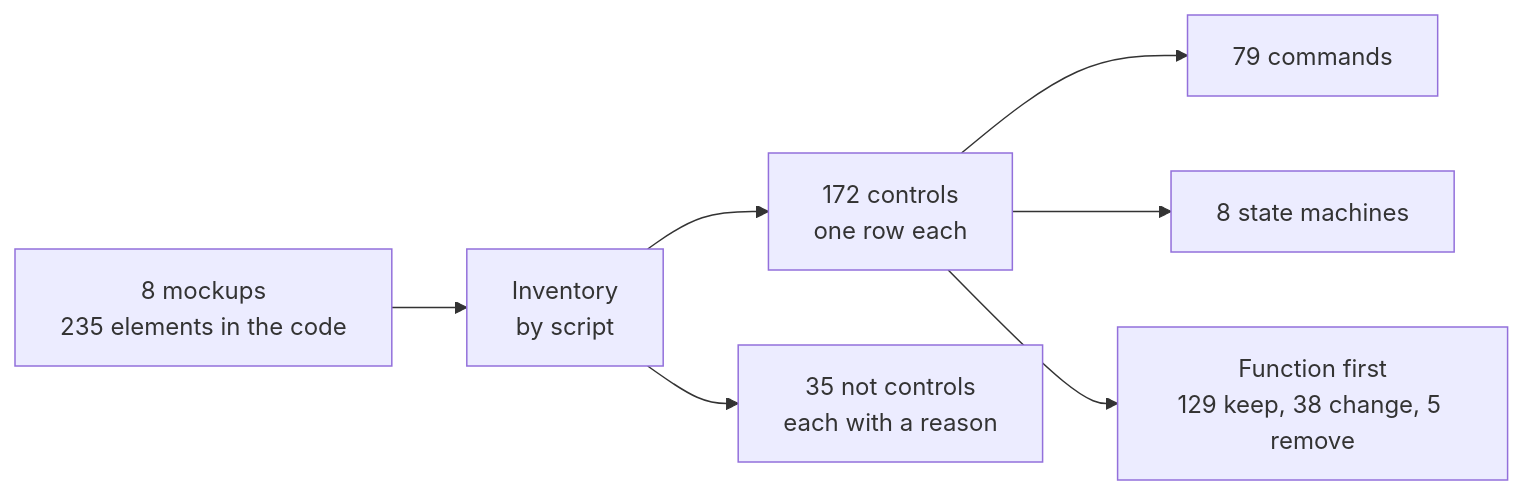
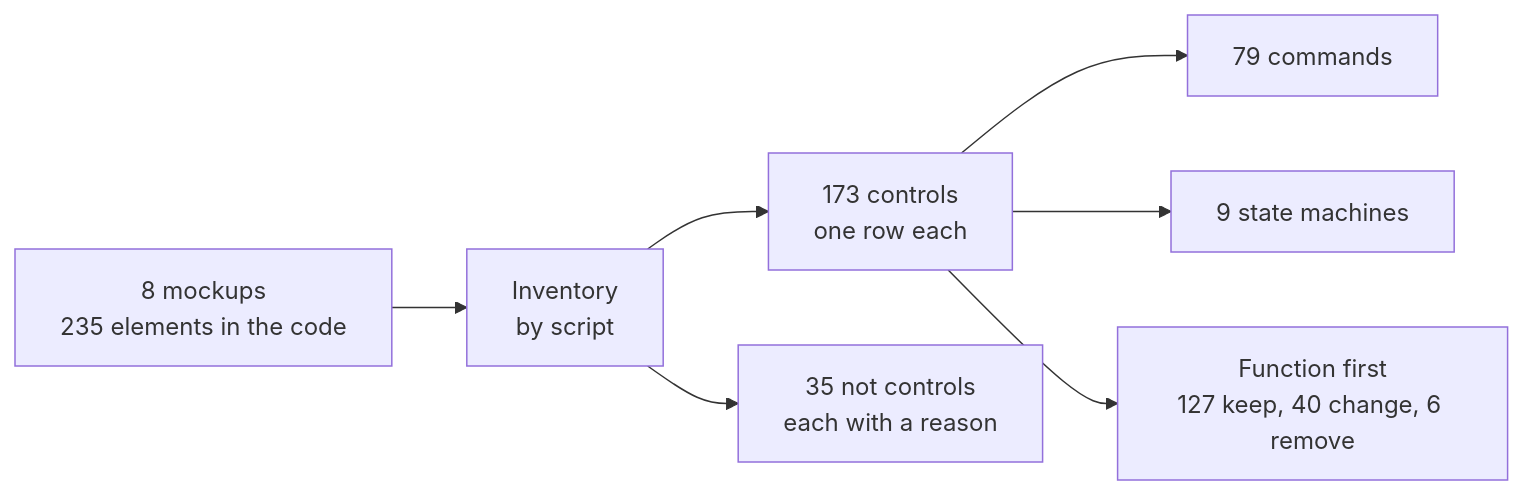
One commit to abossard/bossylights changed the first of 10 diagrams in docs/design/controls.md. Above: the diagram before and after it, drawn with Mermaid. The commit also changed other lines of this file and 41 other files, not shown here.

````diff
--- a/docs/design/controls.md
+++ b/docs/design/controls.md
@@ -6,9 +6,9 @@
 ```mermaid
 flowchart LR
   M["8 mockups<br/>235 elements in the code"] --> I["Inventory<br/>by script"]
-  I --> R["172 controls<br/>one row each"]
+  I --> R["173 controls<br/>one row each"]
   I --> N["35 not controls<br/>each with a reason"]
   R --> C["79 commands"]
-  R --> S["8 state machines"]
-  R --> F["Function first<br/>129 keep, 38 change, 5 remove"]
+  R --> S["9 state machines"]
+  R --> F["Function first<br/>127 keep, 40 change, 6 remove"]
 ```
````
